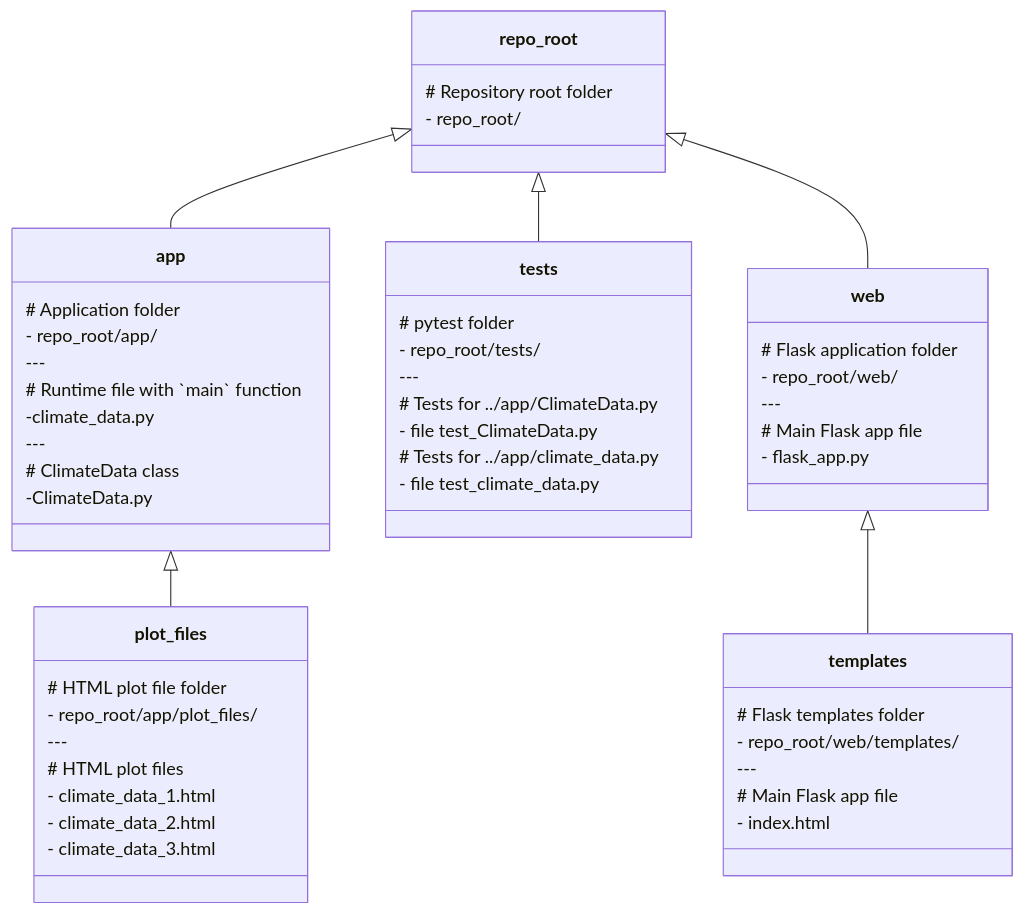
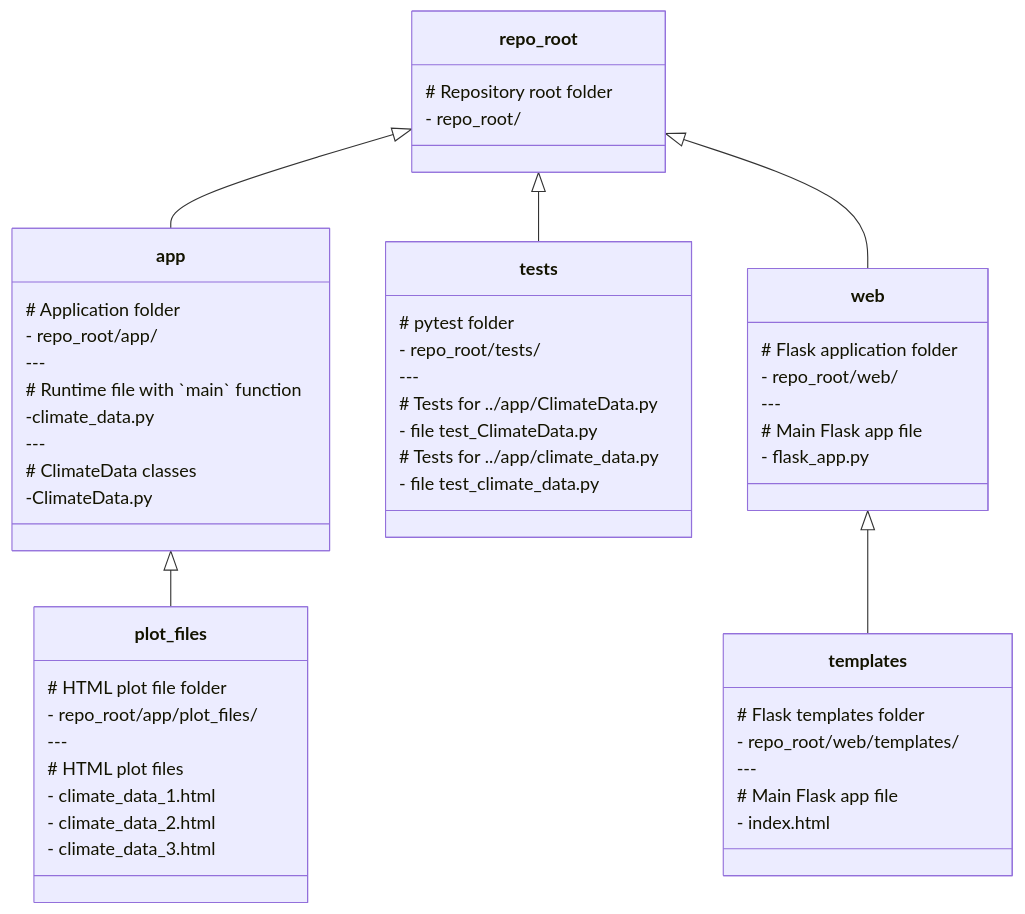
One commit to timothyhull/climate-data-plotly changed the diagram in README.md. Above: the diagram before and after it, drawn with Mermaid. The commit also changed 5 other files, not shown here.

````diff
--- a/README.md
+++ b/README.md
@@ -16,55 +16,56 @@
 ```mermaid
 classDiagram
     repo_root <|-- app
     repo_root <|-- tests
     repo_root <|-- web
     app <|-- plot_files
     web <|-- templates
     class repo_root{
         # Repository root folder
         - repo_root/
     }
     class app{
         # Application folder
         - repo_root/app/
         ---
         # Runtime file with `main` function
         -climate_data.py
         ---
-        # ClimateData class
+        # ClimateData classes
         -ClimateData.py
+        
     }
     class plot_files{
         # HTML plot file folder
         - repo_root/app/plot_files/
         ---
         # HTML plot files
         - climate_data_1.html
         - climate_data_2.html
         - climate_data_3.html
     }
     class tests{
          # pytest folder
          - repo_root/tests/
          ---
          # Tests for ../app/ClimateData.py
          - file test_ClimateData.py
 
          # Tests for ../app/climate_data.py
          - file test_climate_data.py
     }
     class web{
         # Flask application folder
         - repo_root/web/
         ---
         # Main Flask app file
         - flask_app.py
     }
     class templates{
         # Flask templates folder
         - repo_root/web/templates/
         ---
         # Main Flask app file
         - index.html
     }
 ```
````
